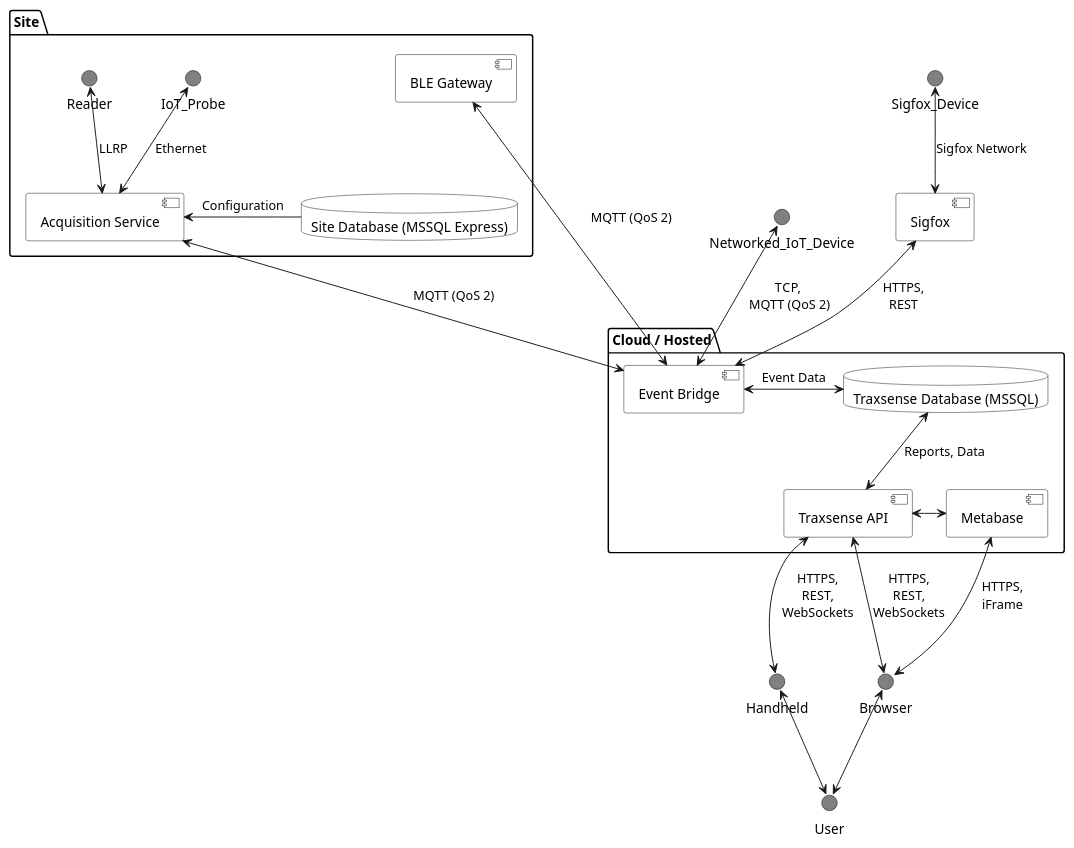
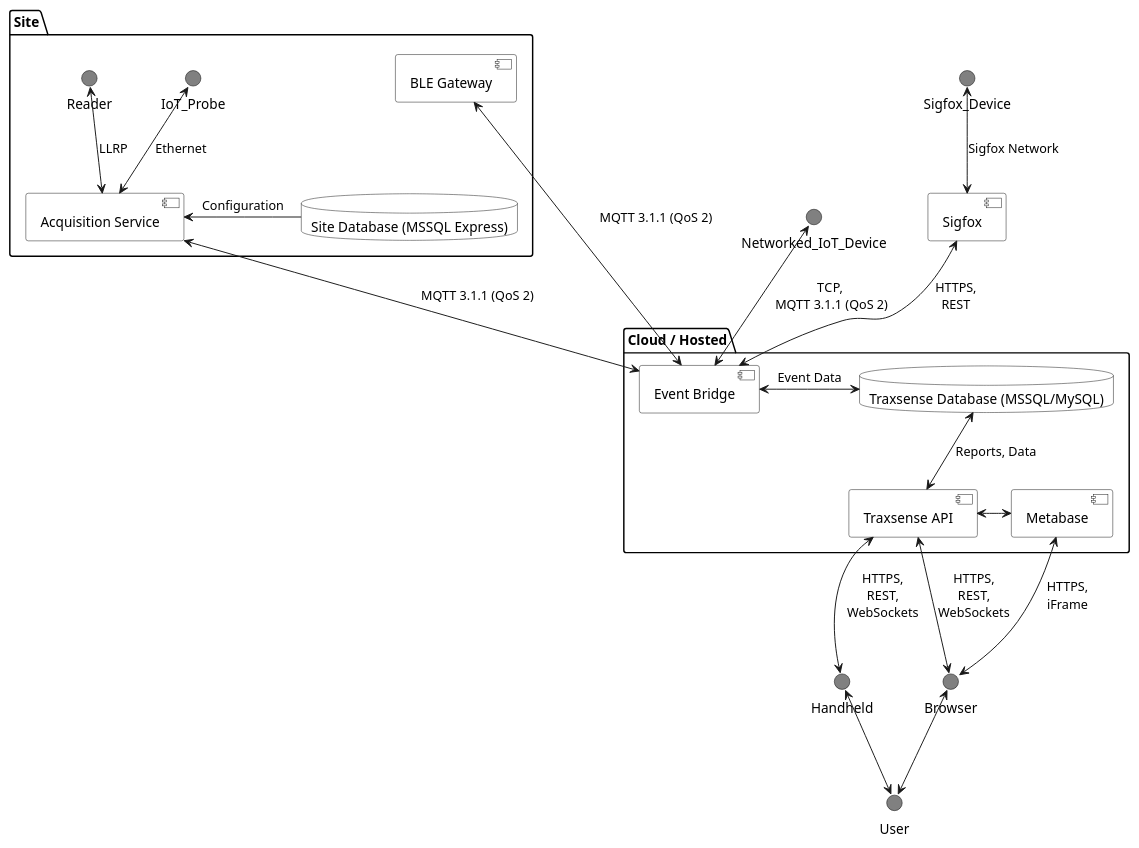
One commit to readthedocs/tutorial-template changed the diagram in docs/source/architecture.puml. Above: the diagram before and after it, drawn with PlantUML. The commit also changed 3 other files, not shown here.

Commit message:
Add MQTT version to diagram and link to open api docs

```diff
--- a/docs/source/architecture.puml
+++ b/docs/source/architecture.puml
@@ -1,43 +1,43 @@
 @startuml
 
 skinparam interface {
   backgroundColor Grey
   borderColor black
 }
 
 skinparam component {
   BackgroundColor white
 }
 
 skinparam database {
   BackgroundColor white
 }
 
 package Site {
 database "Site Database (MSSQL Express)"
 [Acquisition Service] <-right- [Site Database (MSSQL Express)] : Configuration
 IoT_Probe <-down-> [Acquisition Service] : Ethernet
 Reader <-down-> [Acquisition Service] : LLRP
 [BLE Gateway]
 }
 
 package "Cloud / Hosted" {
-[BLE Gateway] <-up-> [Event Bridge] : MQTT (QoS 2)
-[Acquisition Service] <-down-> [Event Bridge] : MQTT (QoS 2)
-database "Traxsense Database (MSSQL)"
-[Event Bridge] <-> [Traxsense Database (MSSQL)] : Event Data
+[BLE Gateway] <-up-> [Event Bridge] : MQTT 3.1.1 (QoS 2)
+[Acquisition Service] <-down-> [Event Bridge] : MQTT 3.1.1 (QoS 2)
+database "Traxsense Database (MSSQL/MySQL)"
+[Event Bridge] <-> [Traxsense Database (MSSQL/MySQL)] : Event Data
 [Traxsense API] <-right-> [Metabase]
-[Traxsense API] <-up-> [Traxsense Database (MSSQL)] : Reports, Data
+[Traxsense API] <-up-> [Traxsense Database (MSSQL/MySQL)] : Reports, Data
 }
 
-Networked_IoT_Device <-down-> [Event Bridge] : TCP, \nMQTT (QoS 2)
+Networked_IoT_Device <-down-> [Event Bridge] : TCP, \nMQTT 3.1.1 (QoS 2)
 Sigfox_Device <-down-> [Sigfox] : Sigfox Network
 [Sigfox] <-down-> [Event Bridge] : HTTPS,\nREST
 User <-up-> Browser
 User <-up-> Handheld
 
 Handheld <-up-> [Traxsense API] : HTTPS,\nREST,\nWebSockets
 Browser <-up-> [Traxsense API] : HTTPS,\nREST,\nWebSockets
 Browser <-up-> [Metabase] : HTTPS,\niFrame
 
 @enduml
```
